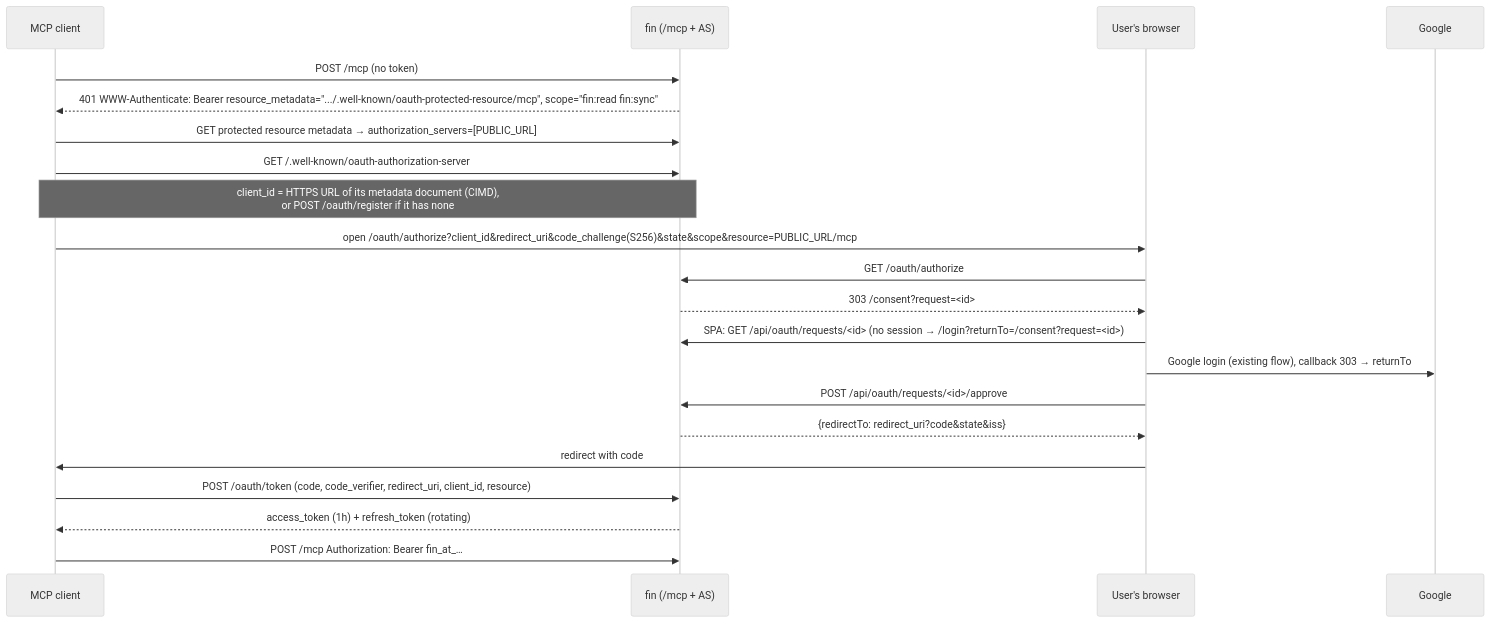
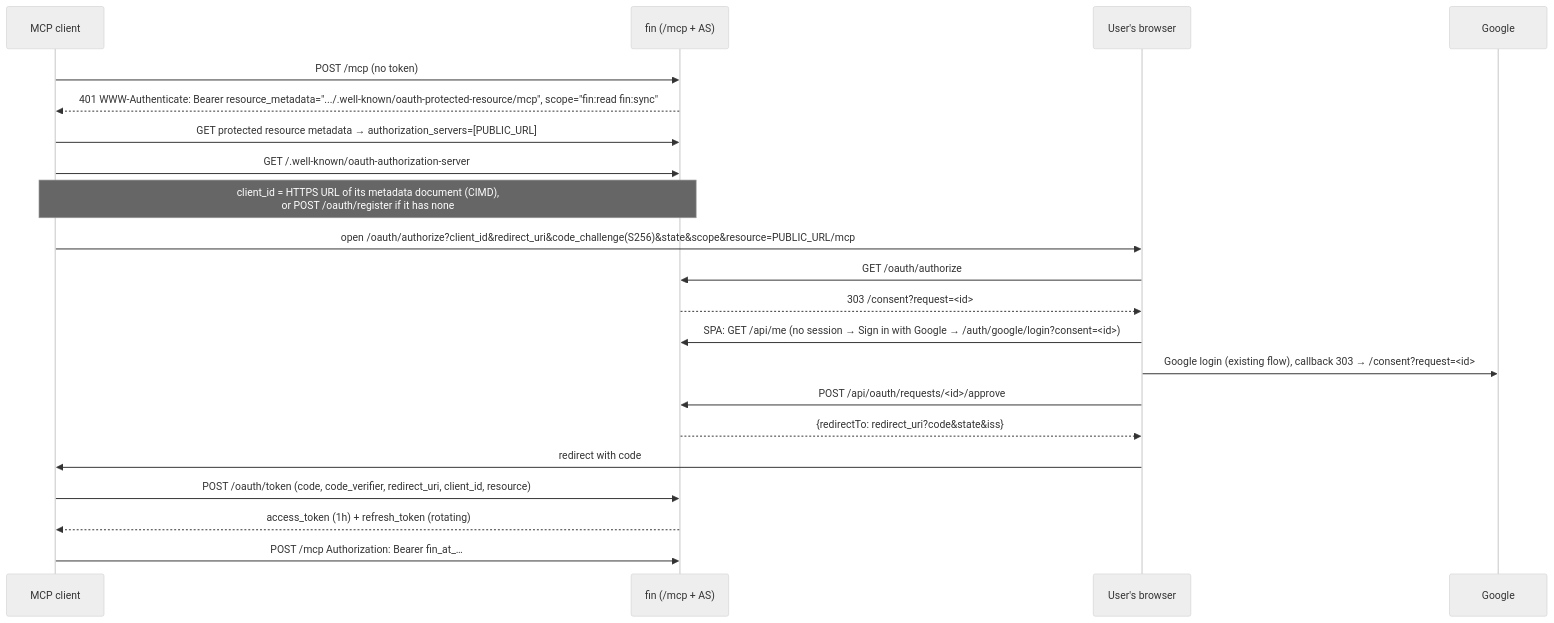
The diagram in agents/plan/mcp.md (tahminator/fin), drawn with Mermaid (neutral theme) before and after one commit. The commit also changed other lines of this file and 1 other file, not shown here.

First line of the commit message:
Align the MCP plan with the implementation and test consent login

````diff
--- a/agents/plan/mcp.md
+++ b/agents/plan/mcp.md
@@ -111,24 +111,24 @@
 ```mermaid
 sequenceDiagram
   participant C as MCP client
   participant F as fin (/mcp + AS)
   participant B as User's browser
   participant G as Google
 
   C->>F: POST /mcp (no token)
   F-->>C: 401 WWW-Authenticate: Bearer resource_metadata=".../.well-known/oauth-protected-resource/mcp", scope="fin:read fin:sync"
   C->>F: GET protected resource metadata → authorization_servers=[PUBLIC_URL]
   C->>F: GET /.well-known/oauth-authorization-server
   Note over C,F: client_id = HTTPS URL of its metadata document (CIMD),<br/>or POST /oauth/register if it has none
   C->>B: open /oauth/authorize?client_id&redirect_uri&code_challenge(S256)&state&scope&resource=PUBLIC_URL/mcp
   B->>F: GET /oauth/authorize
   F-->>B: 303 /consent?request=<id>
-  B->>F: SPA: GET /api/oauth/requests/<id> (no session → /login?returnTo=/consent?request=<id>)
-  B->>G: Google login (existing flow), callback 303 → returnTo
+  B->>F: SPA: GET /api/me (no session → Sign in with Google → /auth/google/login?consent=<id>)
+  B->>G: Google login (existing flow), callback 303 → /consent?request=<id>
   B->>F: POST /api/oauth/requests/<id>/approve
   F-->>B: {redirectTo: redirect_uri?code&state&iss}
   B->>C: redirect with code
   C->>F: POST /oauth/token (code, code_verifier, redirect_uri, client_id, resource)
   F-->>C: access_token (1h) + refresh_token (rotating)
   C->>F: POST /mcp Authorization: Bearer fin_at_…
 ```
````
